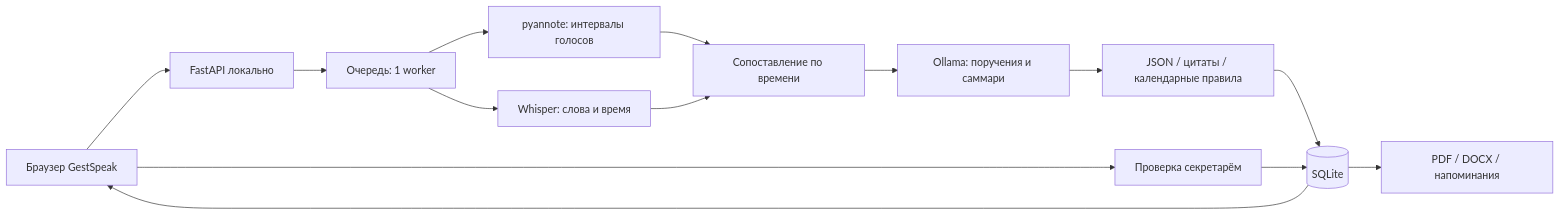
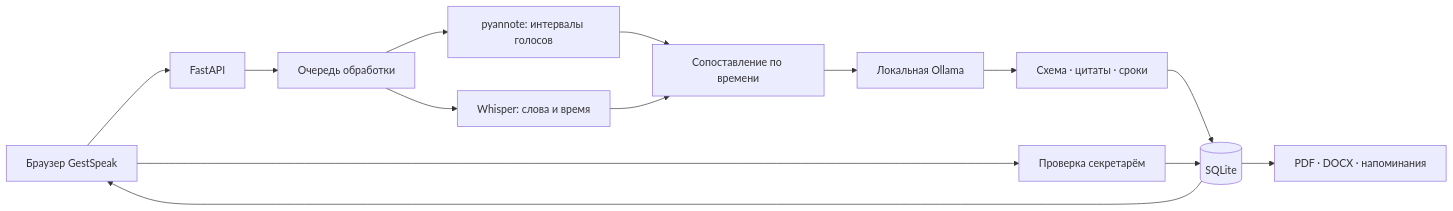
The diagram in README.md (BAITC-Hacks/hack-a7c30eea-gestspeak), drawn with Mermaid before and after one commit. The commit also changed other lines of this file and 12 other files, not shown here.

````diff
--- a/README.md
+++ b/README.md
@@ -126,16 +161,16 @@
 ```mermaid
 flowchart LR
-    UI[Браузер GestSpeak] --> API[FastAPI локально]
-    API --> Q[Очередь: 1 worker]
+    UI[Браузер GestSpeak] --> API[FastAPI]
+    API --> Q[Очередь обработки]
     Q --> D[pyannote: интервалы голосов]
     Q --> W[Whisper: слова и время]
     D --> A[Сопоставление по времени]
     W --> A
-    A --> L[Ollama: поручения и саммари]
-    L --> V[JSON / цитаты / календарные правила]
+    A --> L[Локальная Ollama]
+    L --> V[Схема · цитаты · сроки]
     V --> DB[(SQLite)]
     DB --> UI
     UI --> H[Проверка секретарём]
     H --> DB
-    DB --> E[PDF / DOCX / напоминания]
+    DB --> E[PDF · DOCX · напоминания]
 ```
````
